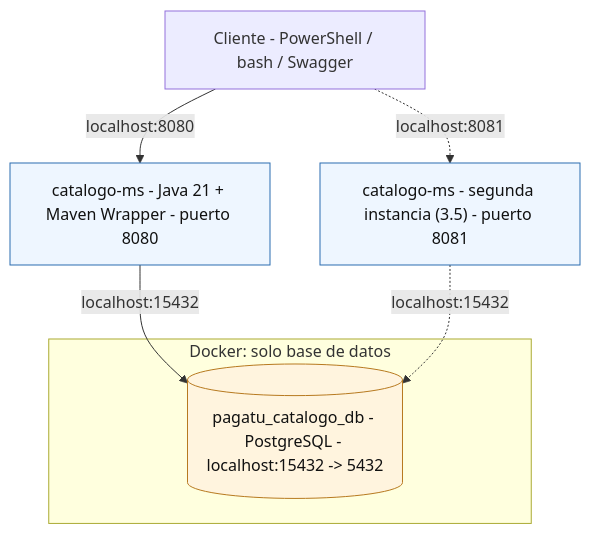
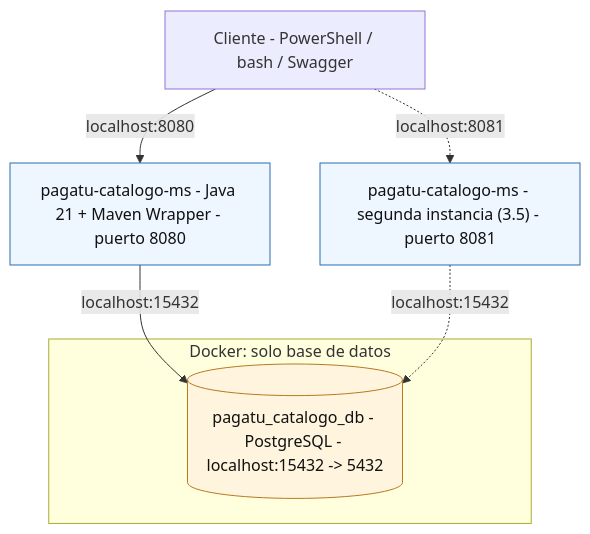
One commit to 262dist/pagatu changed the fourth of 6 diagrams in docs/sesiones/S01_Construccion_Servicio_Base.md. Above: the diagram before and after it, drawn with Mermaid. The commit also changed other lines of this file and 13 other files, not shown here.

````diff
--- a/docs/sesiones/S01_Construccion_Servicio_Base.md
+++ b/docs/sesiones/S01_Construccion_Servicio_Base.md
@@ -180,19 +180,19 @@
 ```mermaid
 flowchart TB
     DevClient["Cliente - PowerShell / bash / Swagger"]
-    DevApp1["catalogo-ms - Java 21 + Maven Wrapper - puerto 8080"]
-    DevApp2["catalogo-ms - segunda instancia (3.5) - puerto 8081"]
+    DevApp1["pagatu-catalogo-ms - Java 21 + Maven Wrapper - puerto 8080"]
+    DevApp2["pagatu-catalogo-ms - segunda instancia (3.5) - puerto 8081"]
     subgraph DevDocker["Docker: solo base de datos"]
         DevDb[("pagatu_catalogo_db - PostgreSQL - localhost:15432 -> 5432")]
     end
 
     DevClient -->|"localhost:8080"| DevApp1
     DevClient -.->|"localhost:8081"| DevApp2
     DevApp1 -->|"localhost:15432"| DevDb
     DevApp2 -.->|"localhost:15432"| DevDb
 
     classDef app fill:#eef6ff,stroke:#2b6cb0,color:#111;
     classDef db fill:#fff4de,stroke:#b7791f,color:#111;
     class DevApp1,DevApp2 app;
     class DevDb db;
 ```
````
